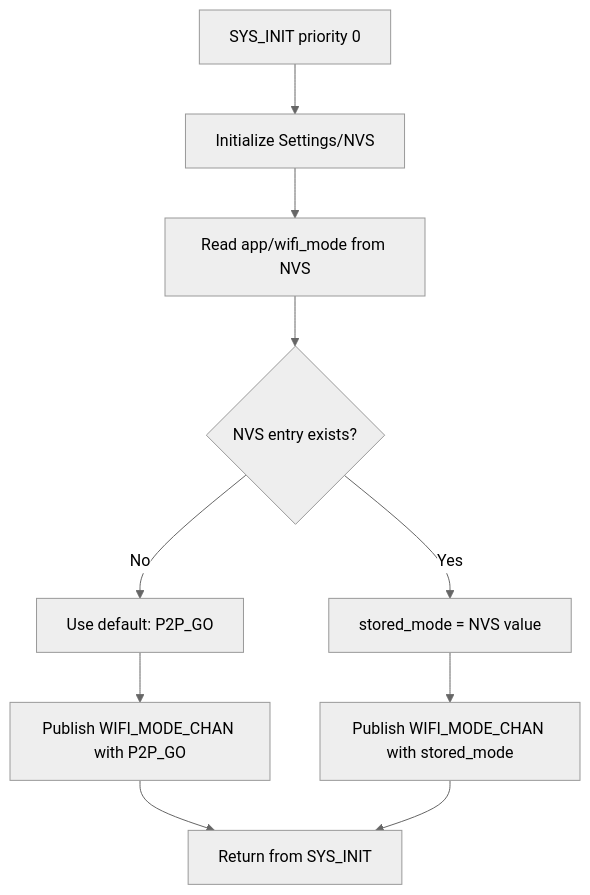
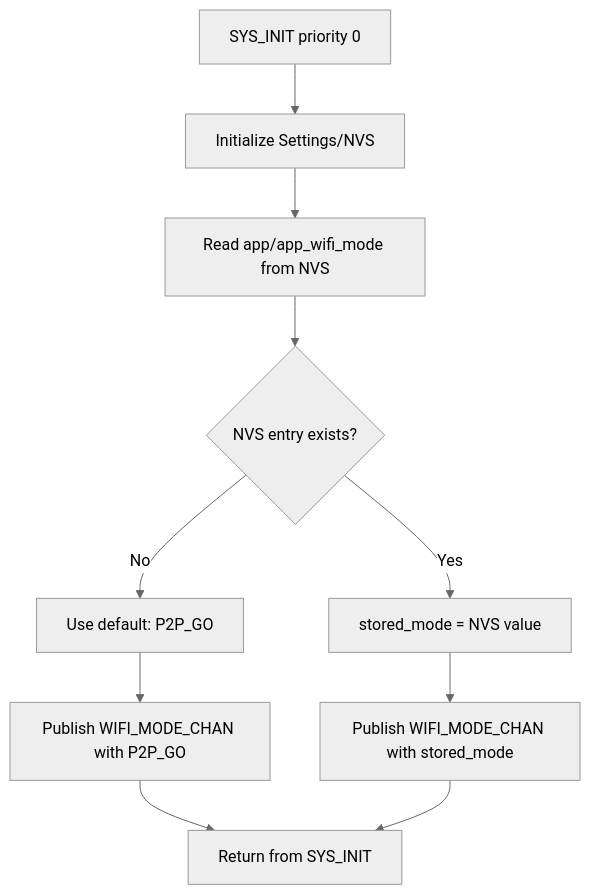
Before and after one commit to chshzh/nordic-wifi-webdash: the first of 2 diagrams in docs/specs/mode-selector.md, drawn with Mermaid (neutral theme). The commit also changed other lines of this file and 7 other files, not shown here.

Commit message:
docs: rename wifi_mode -> app_wifi_mode across README and all specs

````diff
--- a/docs/specs/mode-selector.md
+++ b/docs/specs/mode-selector.md
@@ -85,12 +85,12 @@
 ```mermaid
 flowchart TD
     A[SYS_INIT priority 0] --> B[Initialize Settings/NVS]
-    B --> C[Read app/wifi_mode from NVS]
+    B --> C[Read app/app_wifi_mode from NVS]
     C --> D{NVS entry exists?}
     D -- No --> E[Use default: P2P_GO]
     D -- Yes --> F[stored_mode = NVS value]
     E --> G[Publish WIFI_MODE_CHAN with P2P_GO]
     F --> G2[Publish WIFI_MODE_CHAN with stored_mode]
     G --> I[Return from SYS_INIT]
     G2 --> I
 ```
````
